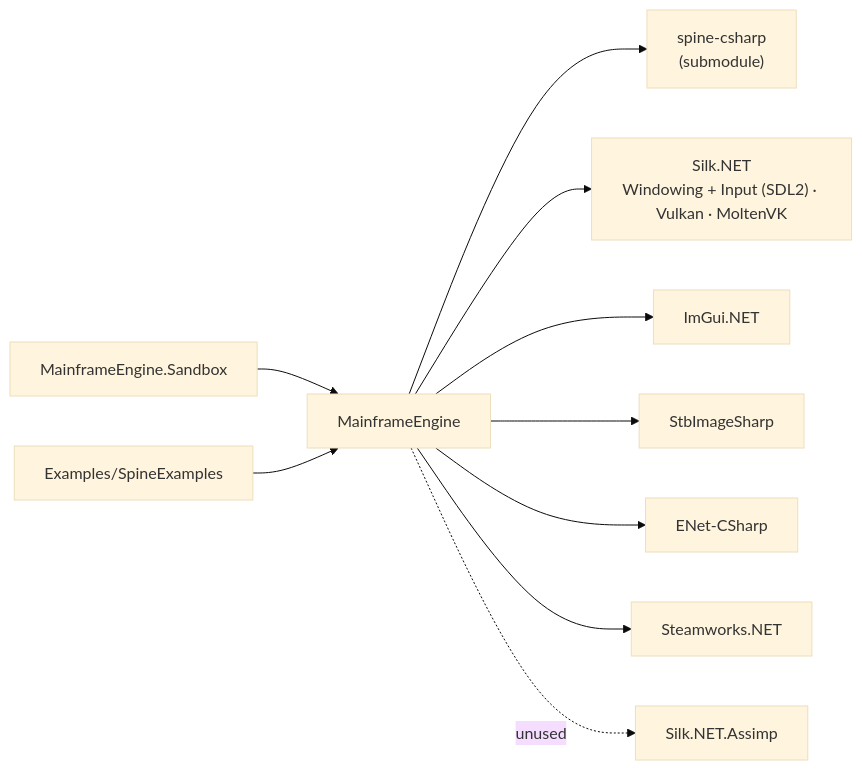
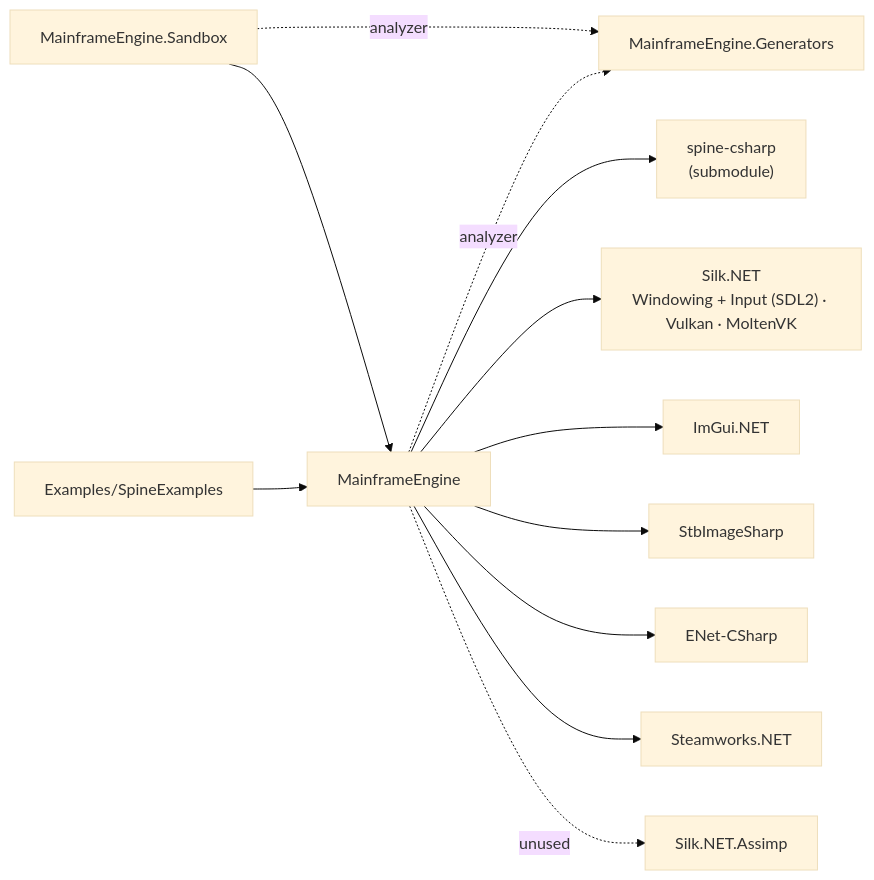
Before and after one commit to Mainframe-Games/mainframe-engine: the diagram in docs/design/architecture-overview.md, drawn with Mermaid (base theme). The commit also changed other lines of this file and 30 other files, not shown here.

````diff
--- a/docs/design/architecture-overview.md
+++ b/docs/design/architecture-overview.md
@@ -41,12 +47,14 @@
 ```mermaid
 flowchart LR
     Sandbox["MainframeEngine.Sandbox"] --> Engine["MainframeEngine"]
+    Sandbox -. analyzer .-> Gen["MainframeEngine.Generators"]
+    Engine -. analyzer .-> Gen
     SpineEx["Examples/SpineExamples"] --> Engine
     Engine --> SpineRT["spine-csharp<br/>(submodule)"]
     Engine --> Silk["Silk.NET<br/>Windowing + Input (SDL2) · Vulkan · MoltenVK"]
     Engine --> ImGui["ImGui.NET"]
     Engine --> Stb["StbImageSharp"]
     Engine --> ENet["ENet-CSharp"]
     Engine --> Steam["Steamworks.NET"]
     Engine -. unused .-> Assimp["Silk.NET.Assimp"]
 ```
````
